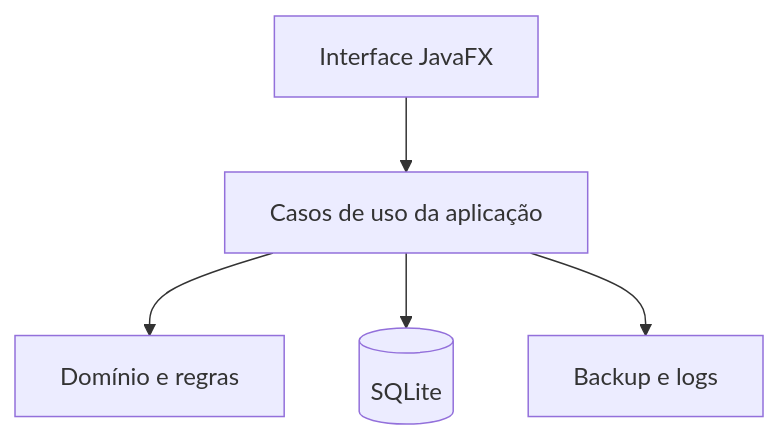
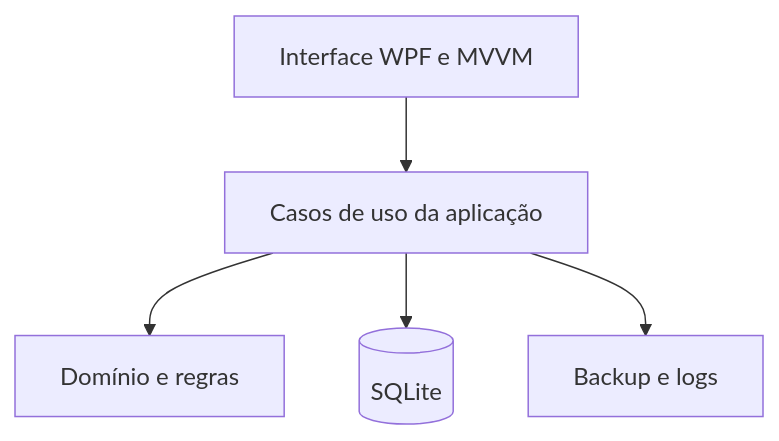
One commit to arthurtvrs10/VComanda changed the diagram in docs/docs/06-arquitetura.md. Above: the diagram before and after it, drawn with Mermaid. The commit also changed other lines of this file and 36 other files, not shown here.

````diff
--- a/docs/docs/06-arquitetura.md
+++ b/docs/docs/06-arquitetura.md
@@ -7,13 +7,13 @@
 ```mermaid
 flowchart TB
-    UI[Interface JavaFX]
+    UI[Interface WPF e MVVM]
     APP[Casos de uso da aplicação]
     DOMAIN[Domínio e regras]
     DB[(SQLite)]
     FS[Backup e logs]
 
     UI --> APP
     APP --> DOMAIN
     APP --> DB
     APP --> FS
 ```
````
